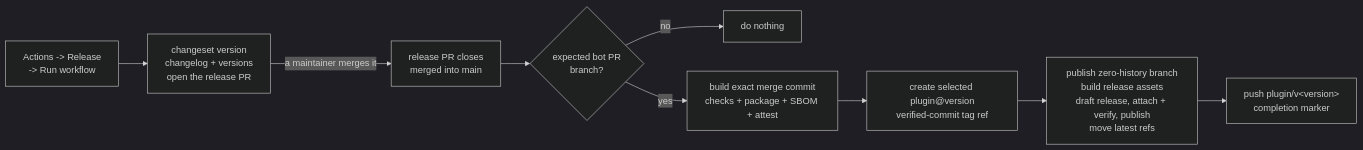
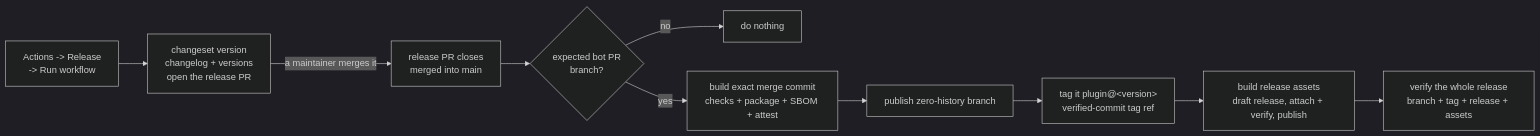
Before and after one commit to radius-project/ai-extensions: the diagram in docs/eng/RELEASING.md, drawn with Mermaid (dark theme). The commit also changed other lines of this file and 9 other files, not shown here.

````diff
--- a/docs/eng/RELEASING.md
+++ b/docs/eng/RELEASING.md
@@ -73,11 +74,12 @@
 ```mermaid
 graph LR
     Dispatch["Actions -> Release<br/>-> Run workflow"] --> Prep["changeset version<br/>changelog + versions<br/>open the release PR"]
     Prep -->|a maintainer merges it| Merge["release PR closes<br/>merged into main"]
   Merge --> Q{"expected bot PR<br/>branch?"}
   Q -->|no| Skip["do nothing"]
   Q -->|yes| Build["build exact merge commit<br/>checks + package + SBOM + attest"]
-  Build --> Tag["create selected plugin@version<br/>verified-commit tag ref"]
-  Tag --> Art["publish zero-history branch<br/>build release assets<br/>draft release, attach + verify, publish<br/>move latest refs"]
-    Art --> Done["push plugin/v&lt;version&gt;<br/>completion marker"]
+  Build --> Art["publish zero-history branch"]
+  Art --> Tag["tag it plugin@&lt;version&gt;<br/>verified-commit tag ref"]
+  Tag --> Rel["build release assets<br/>draft release, attach + verify, publish"]
+    Rel --> Done["verify the whole release<br/>branch + tag + release + assets"]
 ```
````
